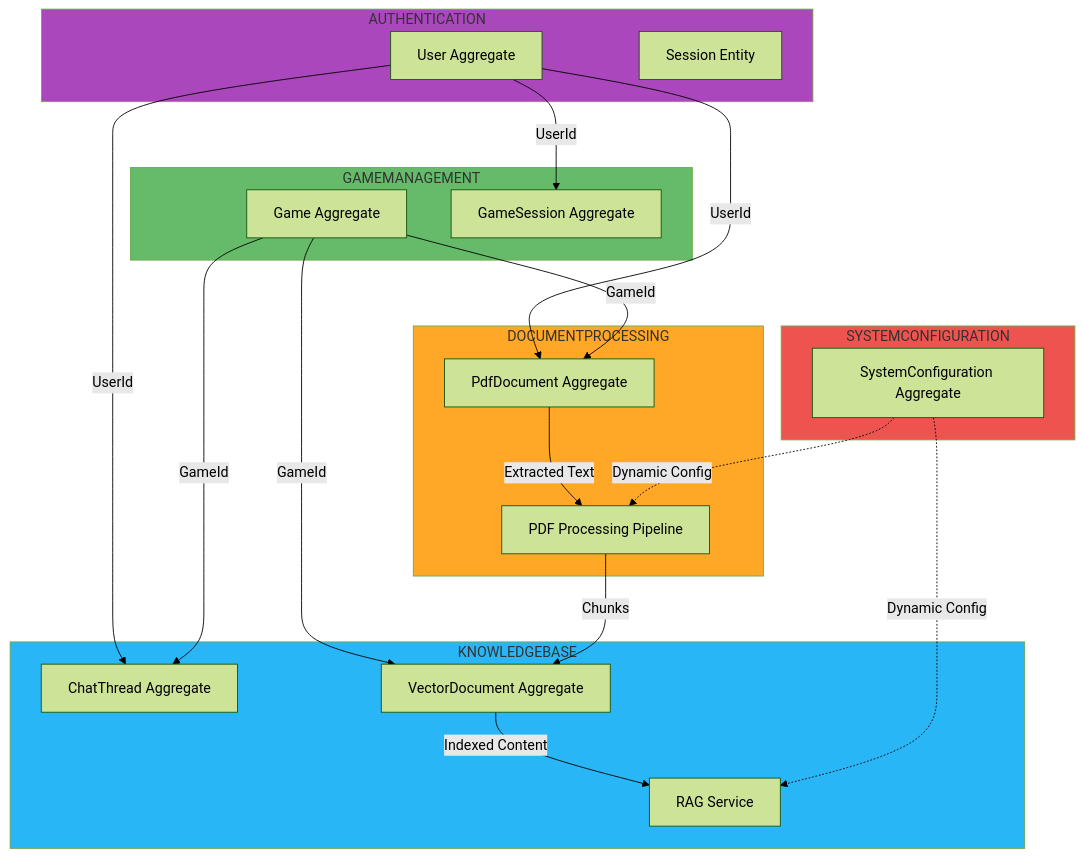
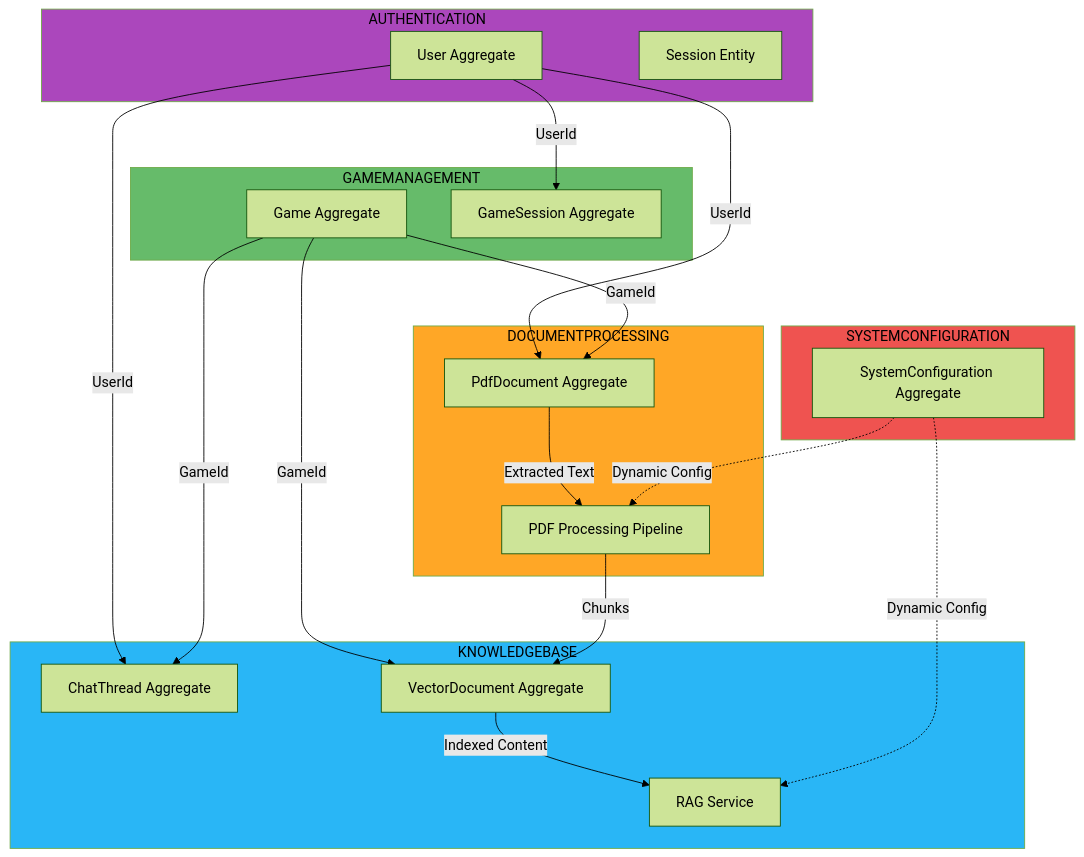
One commit to meepleAi-app/meepleai-monorepo changed the ninth of 9 diagrams in docs/01-architecture/diagrams/bounded-contexts-interactions.md. Above: the diagram before and after it, drawn with Mermaid (forest theme). The commit also changed 4 other files, not shown here.

First line of the commit message:
docs: Aggiunto testo nero a tutti i diagrammi Mermaid

````diff
--- a/docs/01-architecture/diagrams/bounded-contexts-interactions.md
+++ b/docs/01-architecture/diagrams/bounded-contexts-interactions.md
@@ -639,48 +639,48 @@
 ```mermaid
 graph TB
     subgraph Auth["AUTHENTICATION"]
         User[User Aggregate]
         Session[Session Entity]
     end
 
     subgraph Game["GAMEMANAGEMENT"]
         GameAgg[Game Aggregate]
         SessionAgg[GameSession Aggregate]
     end
 
     subgraph Doc["DOCUMENTPROCESSING"]
         PdfDoc[PdfDocument Aggregate]
         Pipeline[PDF Processing Pipeline]
     end
 
     subgraph KB["KNOWLEDGEBASE"]
         Chat[ChatThread Aggregate]
         Vector[VectorDocument Aggregate]
         RAG[RAG Service]
     end
 
     subgraph Config["SYSTEMCONFIGURATION"]
         SysConfig[SystemConfiguration Aggregate]
     end
 
     User -->|UserId| Chat
     User -->|UserId| SessionAgg
     User -->|UserId| PdfDoc
 
     GameAgg -->|GameId| PdfDoc
     GameAgg -->|GameId| Chat
     GameAgg -->|GameId| Vector
 
     PdfDoc -->|Extracted Text| Pipeline
     Pipeline -->|Chunks| Vector
     Vector -->|Indexed Content| RAG
 
     SysConfig -.->|Dynamic Config| RAG
     SysConfig -.->|Dynamic Config| Pipeline
 
-    style Auth fill:#ab47bc
-    style Game fill:#66bb6a
-    style Doc fill:#ffa726
-    style KB fill:#29b6f6
-    style Config fill:#ef5350
+    style Auth fill:#ab47bc,color:#000
+    style Game fill:#66bb6a,color:#000
+    style Doc fill:#ffa726,color:#000
+    style KB fill:#29b6f6,color:#000
+    style Config fill:#ef5350,color:#000
 ```
````
